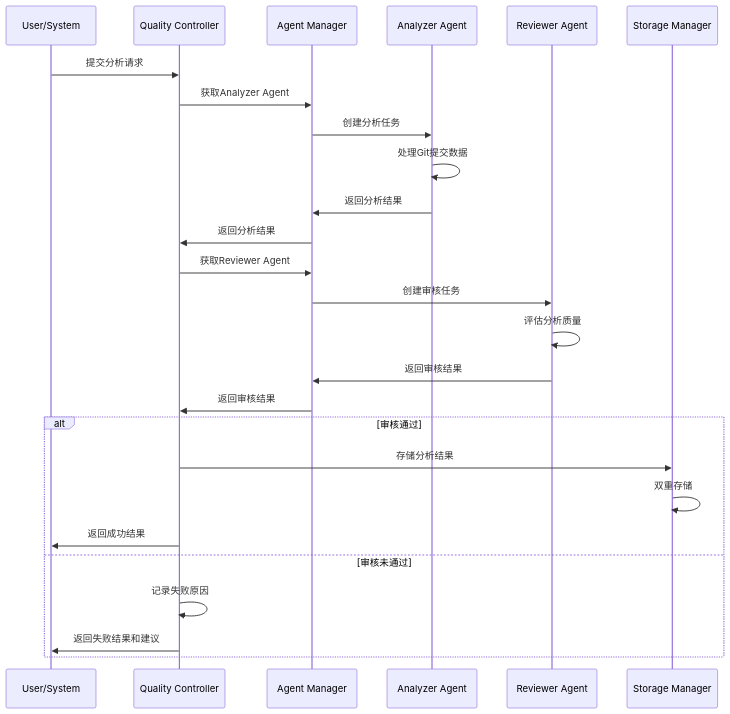
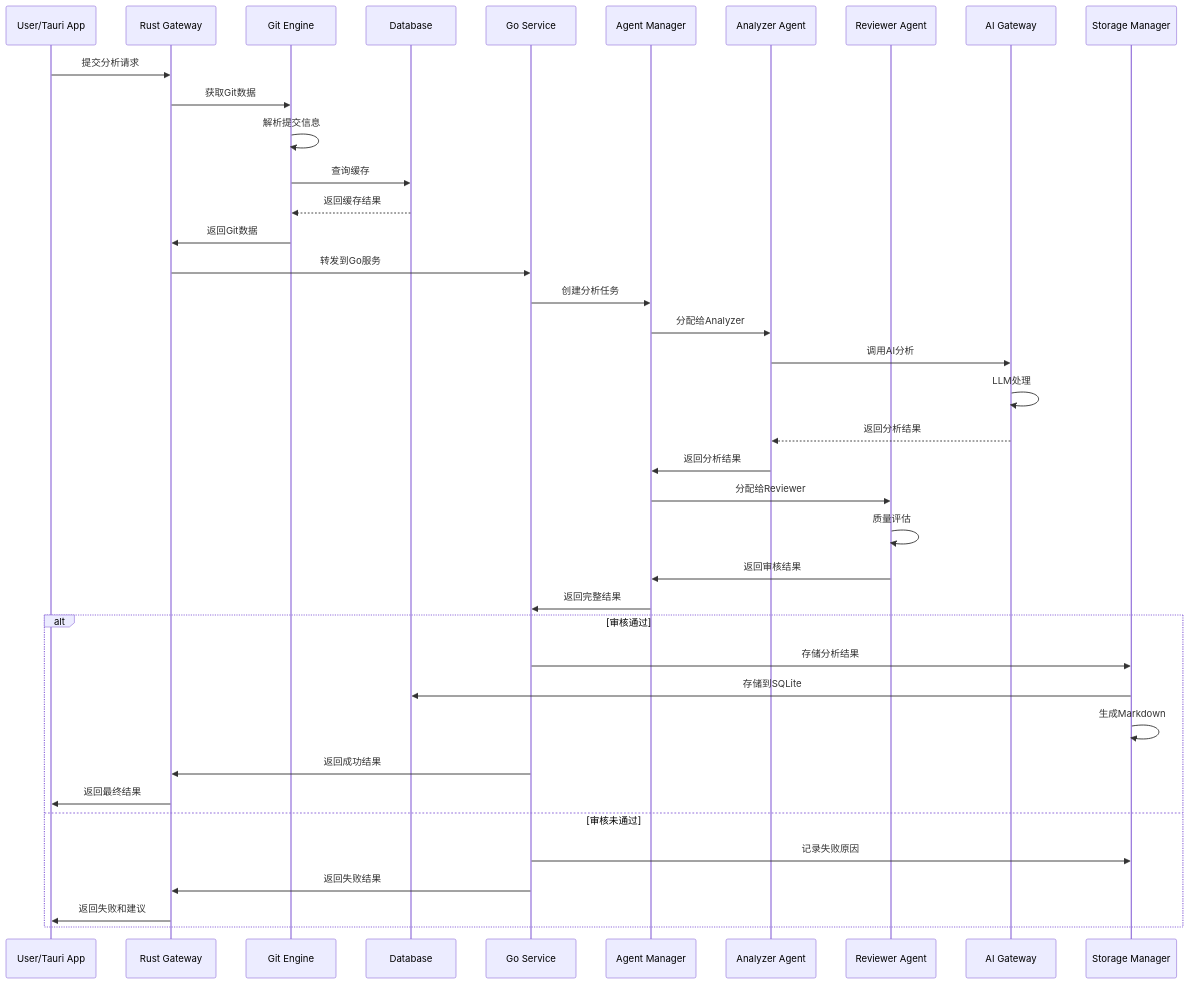
The second of 3 diagrams in docs/technical-architecture-design.md (keliveshd/GitMentor), drawn with Mermaid before and after one commit. The commit also changed other lines of this file and 197 other files, not shown here.

````diff
--- a/docs/technical-architecture-design.md
+++ b/docs/technical-architecture-design.md
@@ -456,31 +736,45 @@
 ```mermaid
 sequenceDiagram
-    participant U as User/System
-    participant QC as Quality Controller
+    participant U as User/Tauri App
+    participant RG as Rust Gateway
+    participant GE as Git Engine
+    participant DB as Database
+    participant GS as Go Service
     participant AM as Agent Manager
     participant AA as Analyzer Agent
     participant RA as Reviewer Agent
+    participant AI as AI Gateway
     participant SM as Storage Manager
-    
-    U->>QC: 提交分析请求
-    QC->>AM: 获取Analyzer Agent
-    AM->>AA: 创建分析任务
-    AA->>AA: 处理Git提交数据
+
+    U->>RG: 提交分析请求
+    RG->>GE: 获取Git数据
+    GE->>GE: 解析提交信息
+    GE->>DB: 查询缓存
+    DB-->>GE: 返回缓存结果
+    GE->>RG: 返回Git数据
+
+    RG->>GS: 转发到Go服务
+    GS->>AM: 创建分析任务
+    AM->>AA: 分配给Analyzer
+    AA->>AI: 调用AI分析
+    AI->>AI: LLM处理
+    AI-->>AA: 返回分析结果
     AA->>AM: 返回分析结果
-    AM->>QC: 返回分析结果
-    
-    QC->>AM: 获取Reviewer Agent
-    AM->>RA: 创建审核任务
-    RA->>RA: 评估分析质量
+
+    AM->>RA: 分配给Reviewer
+    RA->>RA: 质量评估
     RA->>AM: 返回审核结果
-    AM->>QC: 返回审核结果
-    
+    AM->>GS: 返回完整结果
+
     alt 审核通过
-        QC->>SM: 存储分析结果
-        SM->>SM: 双重存储
-        QC->>U: 返回成功结果
+        GS->>SM: 存储分析结果
+        SM->>DB: 存储到SQLite
+        SM->>SM: 生成Markdown
+        GS->>RG: 返回成功结果
+        RG->>U: 返回最终结果
     else 审核未通过
-        QC->>QC: 记录失败原因
-        QC->>U: 返回失败结果和建议
+        GS->>SM: 记录失败原因
+        GS->>RG: 返回失败结果
+        RG->>U: 返回失败和建议
     end
 ```
````
